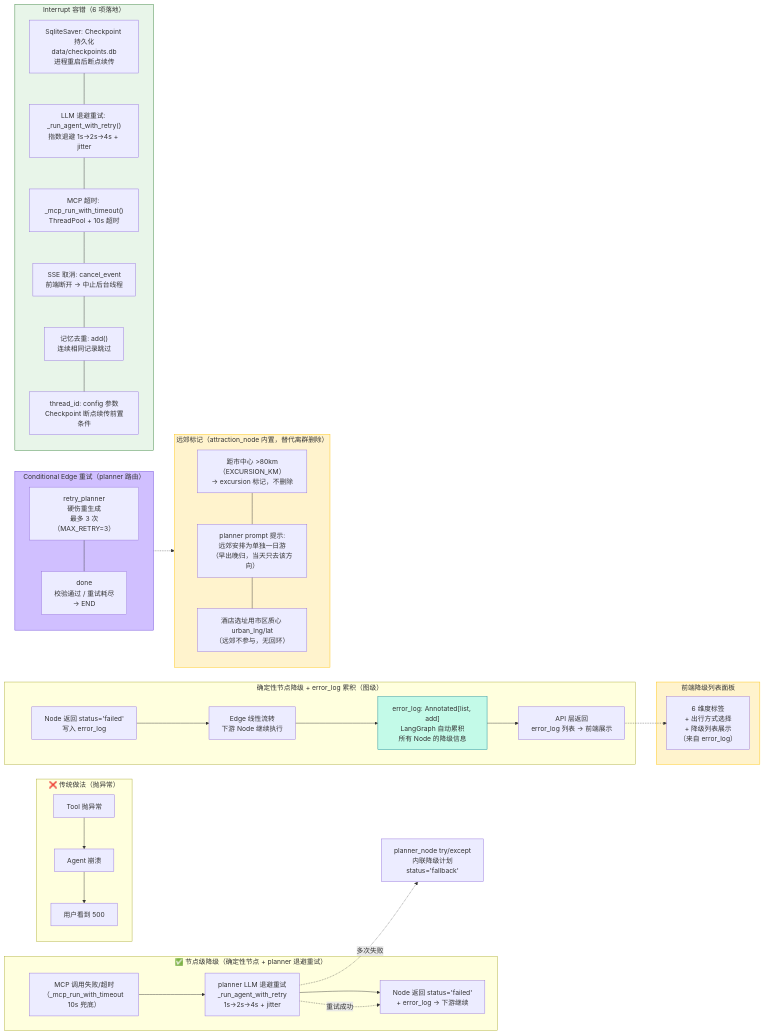
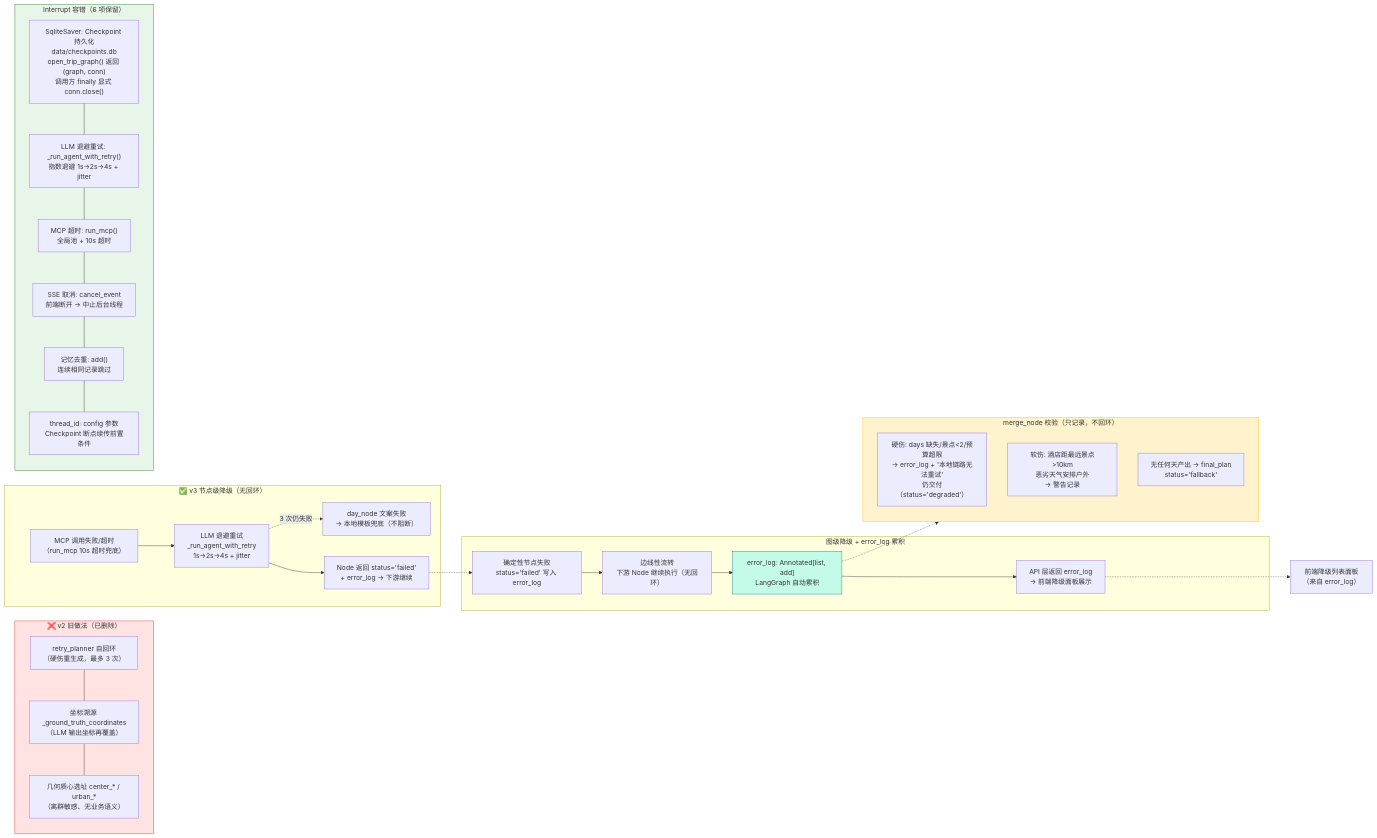
The eighth of 9 diagrams in ARCHITECTURE.md (SuperGODOG/tripplanner), drawn with Mermaid before and after one commit. The commit also changed other lines of this file and 4 other files, not shown here.

First line of the commit message:
docs: README 重写美化（mermaid 架构图 + badges）+ 架构文档全面同步 v3

````diff
--- a/ARCHITECTURE.md
+++ b/ARCHITECTURE.md
@@ -277,65 +354,52 @@
 ```mermaid
 flowchart LR
-    subgraph Bad["❌ 传统做法（抛异常）"]
-        ERR["Tool 抛异常"]
-        CRASH["Agent 崩溃"]
-        USERERR["用户看到 500"]
-        ERR --> CRASH --> USERERR
+    subgraph Bad["❌ v2 旧做法（已删除）"]
+        ERR["retry_planner 自回环<br/>（硬伤重生成，最多 3 次）"]
+        COORD["坐标溯源 _ground_truth_coordinates<br/>（LLM 输出坐标再覆盖）"]
+        CENTER["几何质心选址 center_* / urban_*<br/>（离群敏感、无业务语义）"]
+        ERR --- COORD --- CENTER
     end
 
-    subgraph Good["✅ 节点级降级（确定性节点 + planner 退避重试）"]
-        OBS["MCP 调用失败/超时<br/>（_mcp_run_with_timeout 10s 兜底）"]
-        RETRY["planner LLM 退避重试<br/>_run_agent_with_retry<br/>1s→2s→4s + jitter"]
+    subgraph Good["✅ v3 节点级降级（无回环）"]
+        OBS["MCP 调用失败/超时<br/>（run_mcp 10s 超时兜底）"]
+        RETRY["LLM 退避重试<br/>_run_agent_with_retry<br/>1s→2s→4s + jitter"]
+        FALLBACK["day_node 文案失败<br/>→ 本地模板兜底（不阻断）"]
         DONE["Node 返回 status='failed'<br/>+ error_log → 下游继续"]
         OBS --> RETRY --> DONE
+        RETRY -.->|"3 次仍失败"| FALLBACK
     end
 
-    subgraph GraphLayer["确定性节点降级 + error_log 累积（图级）"]
-        GFAIL["Node 返回 status='failed'<br/>写入 error_log"]
-        GEDGE["Edge 线性流转<br/>下游 Node 继续执行"]
-        ACCUM["error_log: Annotated[list, add]<br/>LangGraph 自动累积<br/>所有 Node 的降级信息"]
-        API_RET["API 层返回<br/>error_log 列表 → 前端展示"]
+    subgraph GraphLayer["图级降级 + error_log 累积"]
+        GFAIL["确定性节点失败<br/>status='failed' 写入 error_log"]
+        GEDGE["边线性流转<br/>下游 Node 继续执行（无回环）"]
+        ACCUM["error_log: Annotated[list, add]<br/>LangGraph 自动累积"]
+        API_RET["API 层返回 error_log<br/>→ 前端降级面板展示"]
         GFAIL --> GEDGE --> ACCUM --> API_RET
     end
 
-    subgraph CondRetry["Conditional Edge 重试（planner 路由）"]
-        direction TB
-        CR1["retry_planner<br/>硬伤重生成<br/>最多 3 次（MAX_RETRY=3）"]
-        CR3["done<br/>校验通过 / 重试耗尽<br/>→ END"]
-        CR1 --- CR3
+    subgraph MergeDegrade["merge_node 校验（只记录，不回环）"]
+        M1["硬伤: days 缺失/景点<2/预算超限<br/>→ error_log + '本地链路无法重试'<br/>仍交付（status='degraded'）"]
+        M2["软伤: 酒店距最远景点>10km<br/>恶劣天气安排户外<br/>→ 警告记录"]
+        M3["无任何天产出 → final_plan<br/>status='fallback'"]
     end
 
-    subgraph ExcursionMark["远郊标记（attraction_node 内置，替代离群删除）"]
+    subgraph InterruptResilient["Interrupt 容错（6 项保留）"]
         direction TB
-        OD1["距市中心 >80km（EXCURSION_KM）<br/>→ excursion 标记，不删除"]
-        OD2["planner prompt 提示:<br/>远郊安排为单独一日游<br/>（早出晚归，当天只去该方向）"]
-        OD3["酒店选址用市区质心 urban_lng/lat<br/>（远郊不参与，无回环）"]
-        OD1 --- OD2 --- OD3
-    end
-
-    subgraph InterruptResilient["Interrupt 容错（6 项落地）"]
-        direction TB
-        IR1["SqliteSaver: Checkpoint 持久化<br/>data/checkpoints.db<br/>进程重启后断点续传"]
+        IR1["SqliteSaver: Checkpoint 持久化<br/>data/checkpoints.db<br/>open_trip_graph() 返回 (graph, conn)<br/>调用方 finally 显式 conn.close()"]
         IR2["LLM 退避重试: _run_agent_with_retry()<br/>指数退避 1s→2s→4s + jitter"]
-        IR3["MCP 超时: _mcp_run_with_timeout()<br/>ThreadPool + 10s 超时"]
+        IR3["MCP 超时: run_mcp()<br/>全局池 + 10s 超时"]
         IR4["SSE 取消: cancel_event<br/>前端断开 → 中止后台线程"]
         IR5["记忆去重: add()<br/>连续相同记录跳过"]
         IR6["thread_id: config 参数<br/>Checkpoint 断点续传前置条件"]
         IR1 --- IR2 --- IR3 --- IR4 --- IR5 --- IR6
     end
 
-    subgraph FallbackPanel["前端降级列表面板"]
-        FP["6 维度标签<br/>+ 出行方式选择<br/>+ 降级列表展示<br/>（来自 error_log）"]
-    end
-
-    RETRY -.->|"重试成功"| DONE
-    RETRY -.->|"多次失败"| FALLBACK_PLAN["planner_node try/except<br/>内联降级计划<br/>status='fallback'"]
-    API_RET -.-> FP
-    CondRetry -.-> ExcursionMark
+    DONE -.-> GFAIL
+    ACCUM -.-> MergeDegrade
+    API_RET -.-> FP["前端降级列表面板<br/>（来自 error_log）"]
 
     style ACCUM fill:#c3fae8,stroke:#0c8599
-    style CondRetry fill:#d0bfff,stroke:#6741d9
-    style ExcursionMark fill:#fff3cd,stroke:#ffc107
+    style MergeDegrade fill:#fff3cd,stroke:#ffc107
     style InterruptResilient fill:#e8f5e9,stroke:#2e7d32
-    style FallbackPanel fill:#fff3cd,stroke:#ffc107
+    style Bad fill:#ffe3e3,stroke:#e03131
 ```
````
